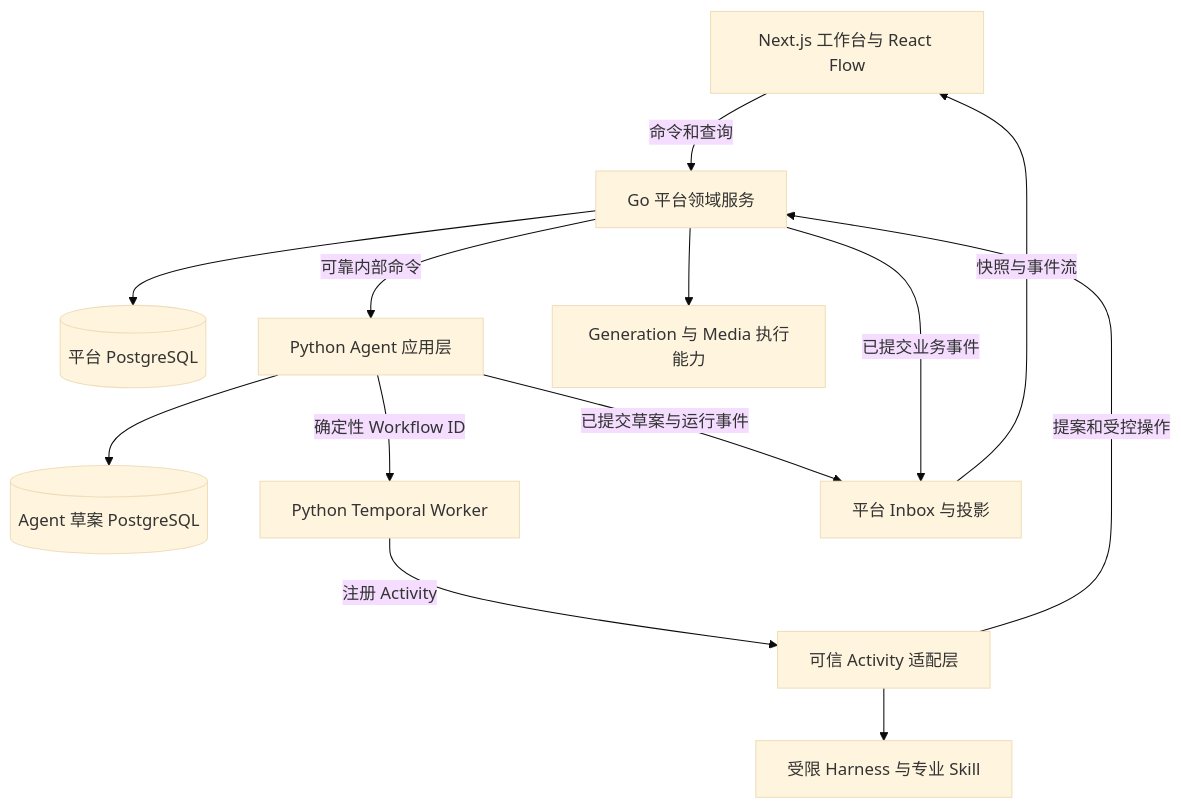
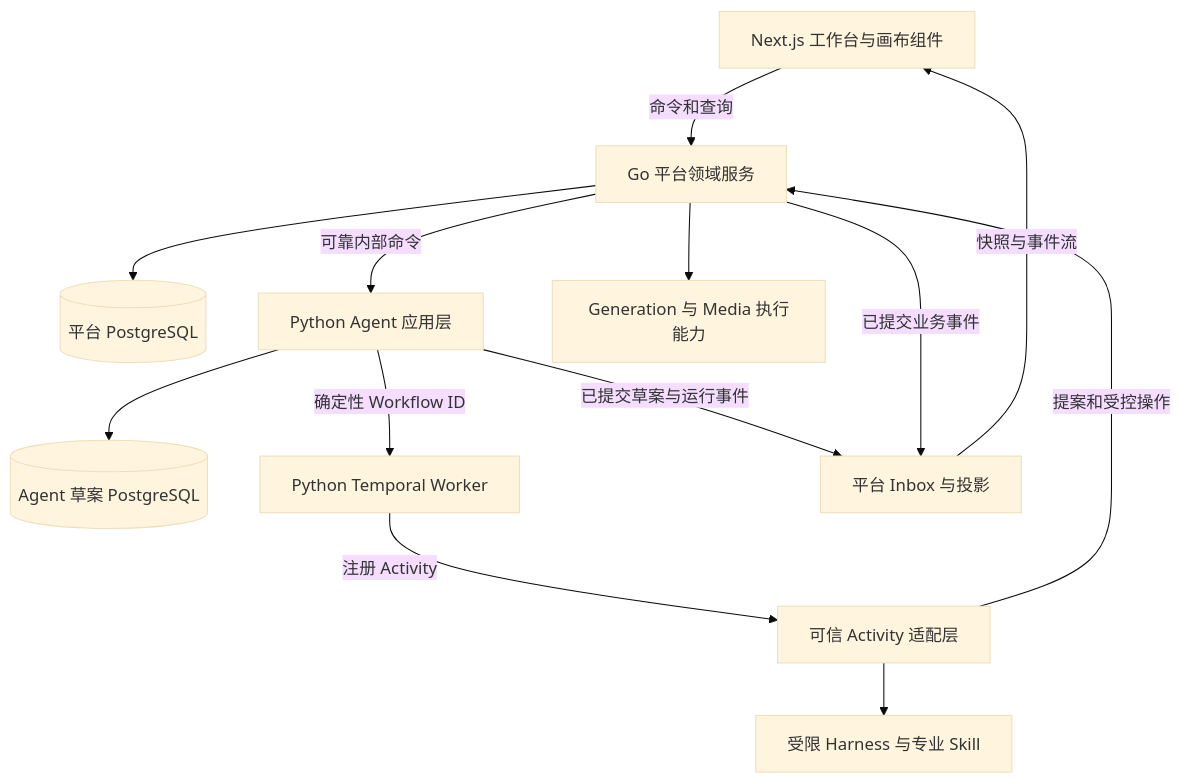
Before and after one commit to StephenQiu30/lanverse: the diagram in docs/design/0013-创作编排与多媒体画布架构调整设计.md, drawn with Mermaid (base theme). The commit also changed other lines of this file and 3 other files, not shown here.

````diff
--- a/docs/design/0013-创作编排与多媒体画布架构调整设计.md
+++ b/docs/design/0013-创作编排与多媒体画布架构调整设计.md
@@ -54,15 +56,15 @@
 ```mermaid
 flowchart TB
-  UI[Next.js 工作台与 React Flow] -->|命令和查询| GO[Go 平台领域服务]
+  UI[Next.js 工作台与画布组件] -->|命令和查询| GO[Go 平台领域服务]
   GO --> PLATFORM[(平台 PostgreSQL)]
   GO -->|可靠内部命令| APP[Python Agent 应用层]
   APP --> DRAFT[(Agent 草案 PostgreSQL)]
   APP -->|确定性 Workflow ID| WF[Python Temporal Worker]
   WF -->|注册 Activity| ACT[可信 Activity 适配层]
   ACT --> H[受限 Harness 与专业 Skill]
   ACT -->|提案和受控操作| GO
   GO --> GEN[Generation 与 Media 执行能力]
   APP -->|已提交草案与运行事件| EVENT[平台 Inbox 与投影]
   GO -->|已提交业务事件| EVENT
   EVENT -->|快照与事件流| UI
 ```
````
